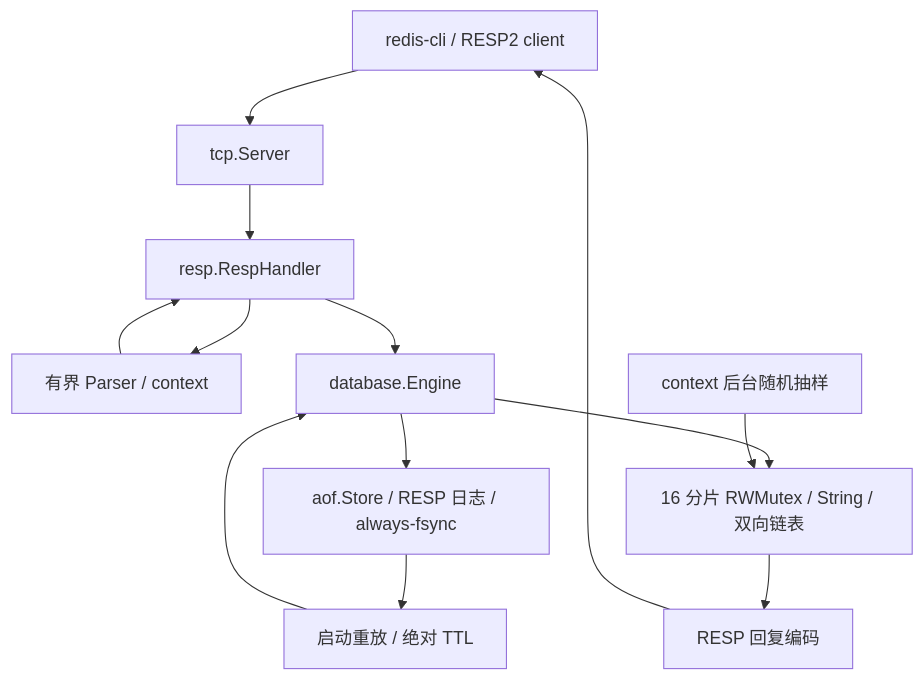
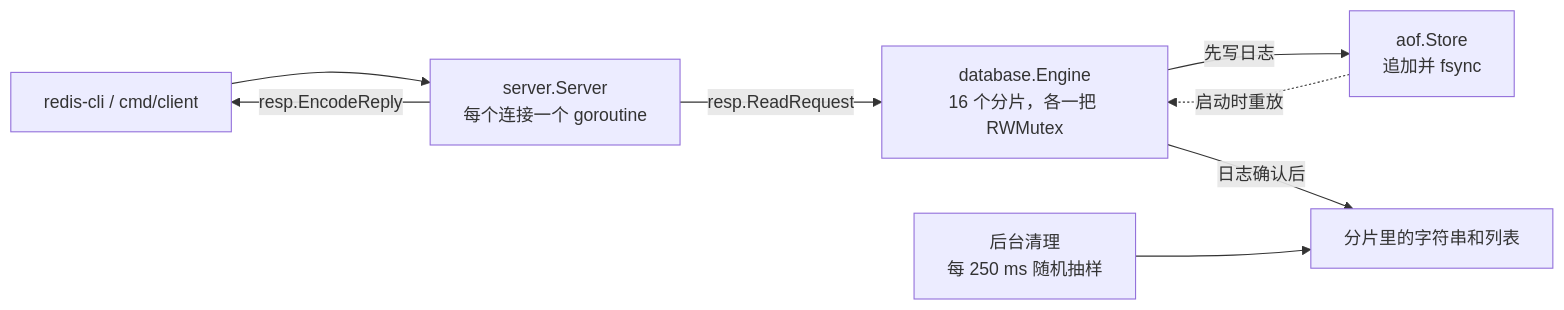
The diagram in README.md (Li-Nepenthe/mini-redis), drawn with Mermaid before and after one commit. The commit also changed other lines of this file and 30 other files, not shown here.

````diff
--- a/README.md
+++ b/README.md
@@ -41,15 +57,10 @@
 ```mermaid
-flowchart TD
-    Client[redis-cli / RESP2 client] --> TCP[tcp.Server]
-    TCP --> Handler[resp.RespHandler]
-    Handler --> Parser[有界 Parser / context]
-    Parser --> Handler
-    Handler --> Engine[database.Engine]
-    Engine --> Shards[16 分片 RWMutex / String / 双向链表]
-    Engine --> AOF[aof.Store / RESP 日志 / always-fsync]
-    AOF --> Replay[启动重放 / 绝对 TTL]
-    Replay --> Engine
-    Cleanup[context 后台随机抽样] --> Shards
-    Shards --> Reply[RESP 回复编码]
-    Reply --> Client
+flowchart LR
+    Client[redis-cli / cmd/client] --> Server[server.Server<br/>每个连接一个 goroutine]
+    Server -->|resp.ReadRequest| Engine[database.Engine<br/>16 个分片，各一把 RWMutex]
+    Engine -->|先写日志| AOF[aof.Store<br/>追加并 fsync]
+    Engine -->|日志确认后| Shards[分片里的字符串和列表]
+    Cleanup[后台清理<br/>每 250 ms 随机抽样] --> Shards
+    AOF -.->|启动时重放| Engine
+    Server -->|resp.EncodeReply| Client
 ```
````
